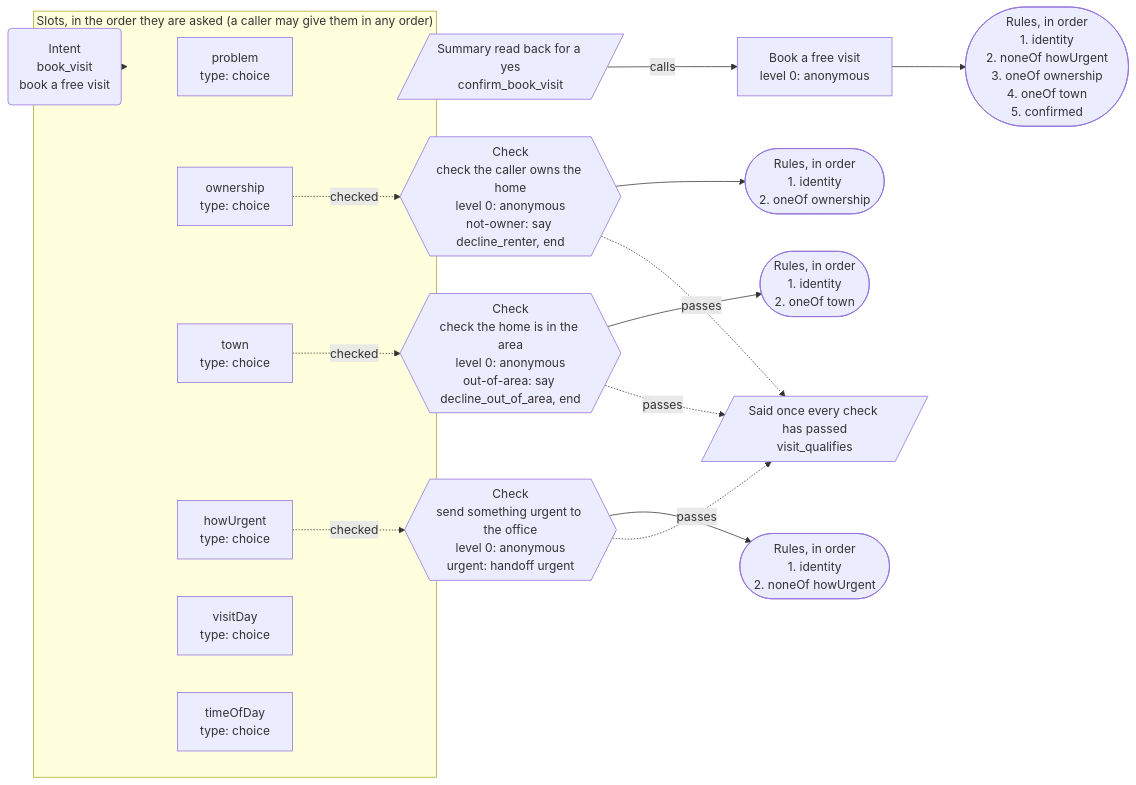
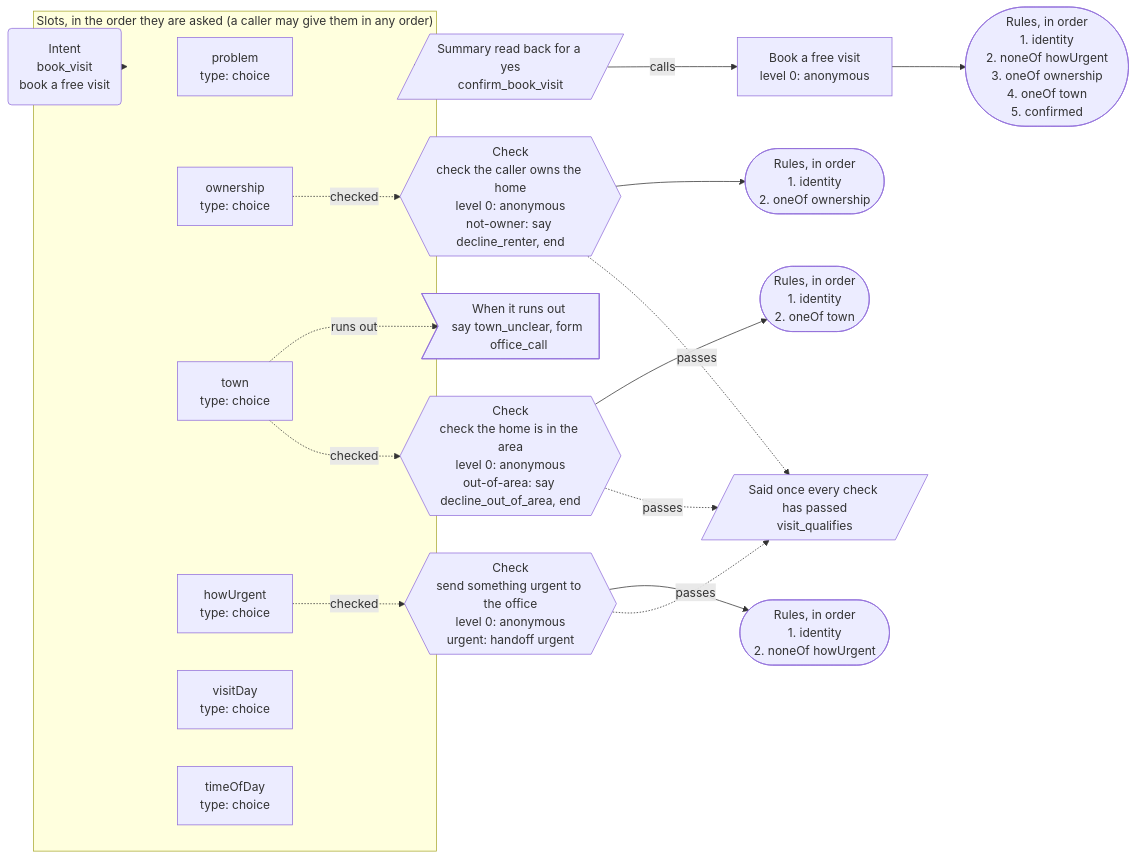
Before and after one commit to DialogWright/dialogwright: the second of 4 diagrams in packages/dialogwright/src/testing/screened/APP-MAP.md, drawn with Mermaid. The commit also changed other lines of this file and 15 other files, not shown here.

Commit message:
Screened fixture: a town it cannot make out goes to the office's call, whose time is skipped after two tries

````diff
--- a/packages/dialogwright/src/testing/screened/APP-MAP.md
+++ b/packages/dialogwright/src/testing/screened/APP-MAP.md
@@ -34,35 +34,37 @@
 ```mermaid
 flowchart LR
   intent("Intent<br/>book_visit<br/>book a free visit")
   subgraph slots["Slots, in the order they are asked (a caller may give them in any order)"]
     s_problem["problem<br/>type: choice"]
     s_ownership["ownership<br/>type: choice"]
     s_town["town<br/>type: choice"]
     s_howUrgent["howUrgent<br/>type: choice"]
     s_visitDay["visitDay<br/>type: choice"]
     s_timeOfDay["timeOfDay<br/>type: choice"]
   end
+  x_town>"When it runs out<br/>say town_unclear, form office_call"]
+  s_town -.->|"runs out"| x_town
   intent --> slots
   summary[/"Summary read back for a yes<br/>confirm_book_visit"/]
   slots --> summary
   c_checkUrgency{{"Check<br/>send something urgent to the office<br/>level 0: anonymous<br/>urgent: handoff urgent"}}
   s_howUrgent -.->|"checked"| c_checkUrgency
   r_checkUrgency(["Rules, in order<br/>1. identity<br/>2. noneOf howUrgent"])
   c_checkUrgency --> r_checkUrgency
   c_checkOwner{{"Check<br/>check the caller owns the home<br/>level 0: anonymous<br/>not-owner: say decline_renter, end"}}
   s_ownership -.->|"checked"| c_checkOwner
   r_checkOwner(["Rules, in order<br/>1. identity<br/>2. oneOf ownership"])
   c_checkOwner --> r_checkOwner
   c_checkArea{{"Check<br/>check the home is in the area<br/>level 0: anonymous<br/>out-of-area: say decline_out_of_area, end"}}
   s_town -.->|"checked"| c_checkArea
   r_checkArea(["Rules, in order<br/>1. identity<br/>2. oneOf town"])
   c_checkArea --> r_checkArea
   passed[/"Said once every check has passed<br/>visit_qualifies"/]
   c_checkUrgency -.->|"passes"| passed
   c_checkOwner -.->|"passes"| passed
   c_checkArea -.->|"passes"| passed
   a_bookVisit["Book a free visit<br/>level 0: anonymous"]
   summary -->|"calls"| a_bookVisit
   r_bookVisit(["Rules, in order<br/>1. identity<br/>2. noneOf howUrgent<br/>3. oneOf ownership<br/>4. oneOf town<br/>5. confirmed"])
   a_bookVisit --> r_bookVisit
 ```
````
